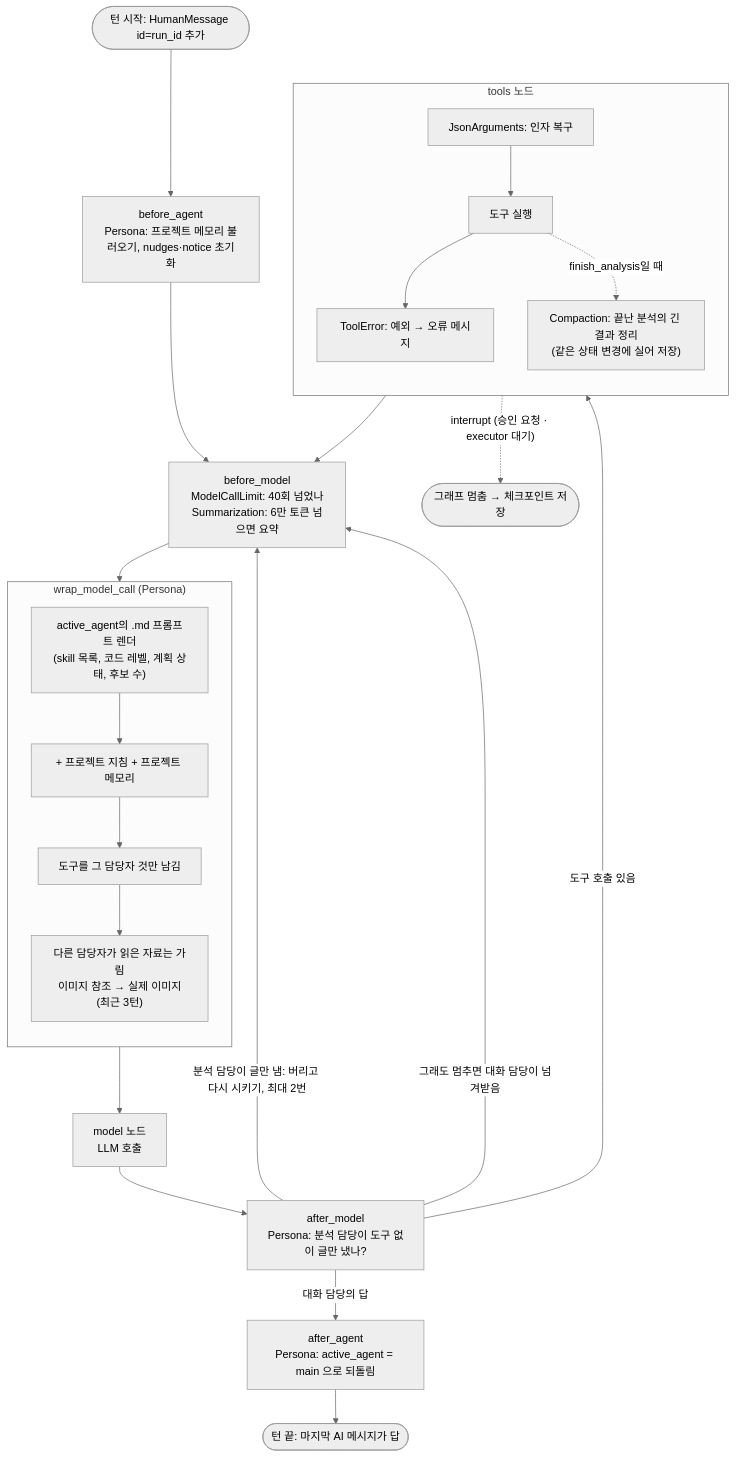
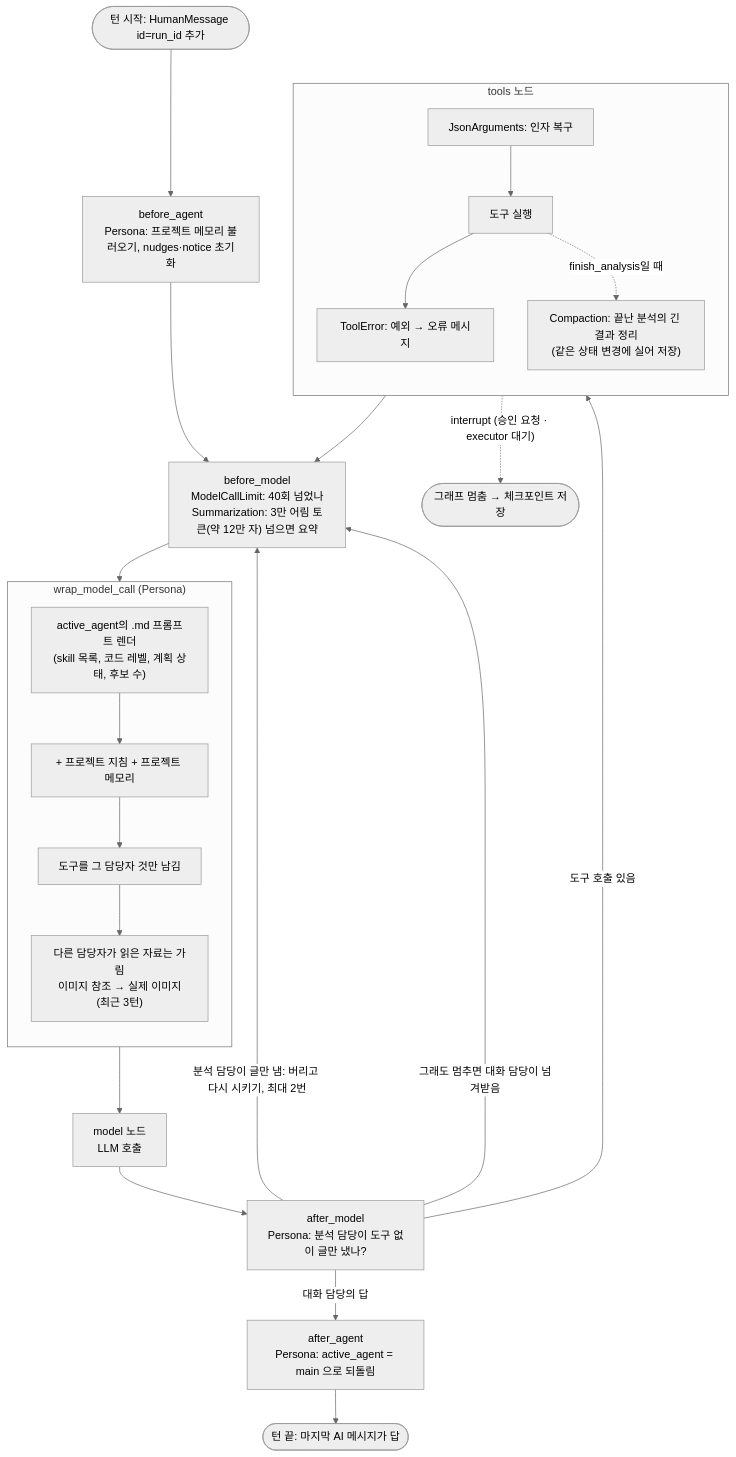
The second of 5 diagrams in docs/design/05-agent-architecture.md (KimHwaJin/pr-agentic-service), drawn with Mermaid (neutral theme) before and after one commit. The commit also changed other lines of this file and 4 other files, not shown here.

````diff
--- a/docs/design/05-agent-architecture.md
+++ b/docs/design/05-agent-architecture.md
@@ -71,28 +71,28 @@
 ```mermaid
 flowchart TD
   S([턴 시작: HumanMessage id=run_id 추가]) --> BA
   BA["before_agent<br/>Persona: 프로젝트 메모리 불러오기, nudges·notice 초기화"] --> BM
-  BM["before_model<br/>ModelCallLimit: 40회 넘었나<br/>Summarization: 6만 토큰 넘으면 요약"] --> WM
+  BM["before_model<br/>ModelCallLimit: 40회 넘었나<br/>Summarization: 3만 어림 토큰(약 12만 자) 넘으면 요약"] --> WM
   subgraph WM["wrap_model_call (Persona)"]
     direction TB
     P1["active_agent의 .md 프롬프트 렌더<br/>(skill 목록, 코드 레벨, 계획 상태, 후보 수)"]
     P2["+ 프로젝트 지침 + 프로젝트 메모리"]
     P3["도구를 그 담당자 것만 남김"]
     P4["다른 담당자가 읽은 자료는 가림<br/>이미지 참조 → 실제 이미지(최근 3턴)"]
     P1 --> P2 --> P3 --> P4
   end
   WM --> M["model 노드<br/>LLM 호출"]
   M --> AM["after_model<br/>Persona: 분석 담당이 도구 없이 글만 냈나?"]
   AM -->|"도구 호출 있음"| T
   AM -->|"분석 담당이 글만 냄: 버리고 다시 시키기, 최대 2번"| BM
   AM -->|"그래도 멈추면 대화 담당이 넘겨받음"| BM
   AM -->|"대화 담당의 답"| AA
   subgraph T["tools 노드"]
     direction TB
     J["JsonArguments: 인자 복구"] --> X["도구 실행"] --> E["ToolError: 예외 → 오류 메시지"]
     X -. "finish_analysis일 때" .-> C["Compaction: 끝난 분석의 긴 결과 정리<br/>(같은 상태 변경에 실어 저장)"]
   end
   T --> BM
   X -. "interrupt (승인 요청 · executor 대기)" .-> PAUSE([그래프 멈춤 → 체크포인트 저장])
   AA["after_agent<br/>Persona: active_agent = main 으로 되돌림"] --> END([턴 끝: 마지막 AI 메시지가 답])
 ```
````
